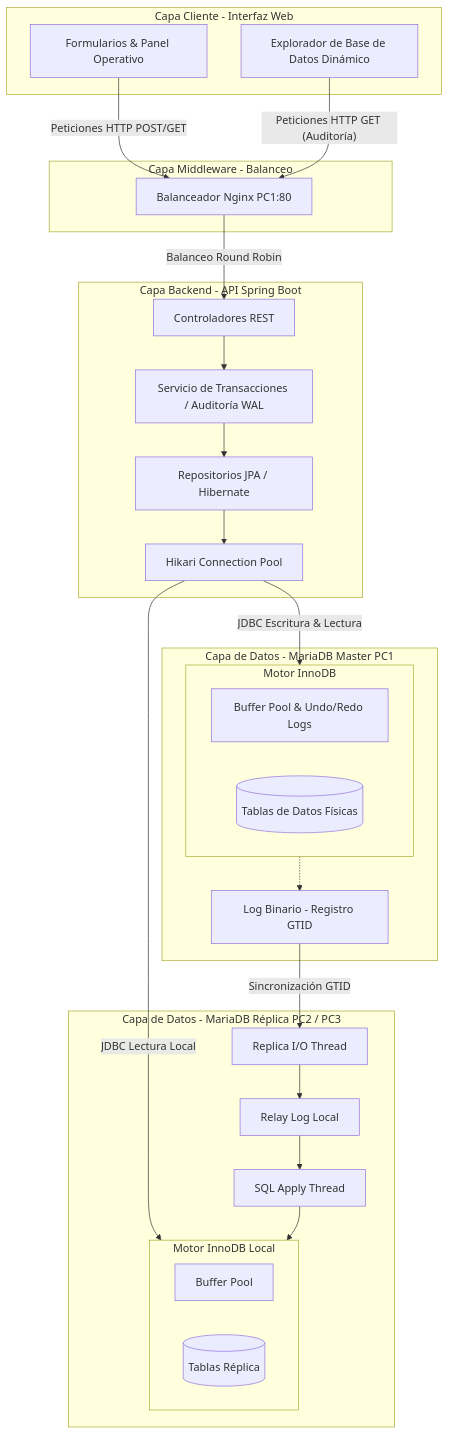
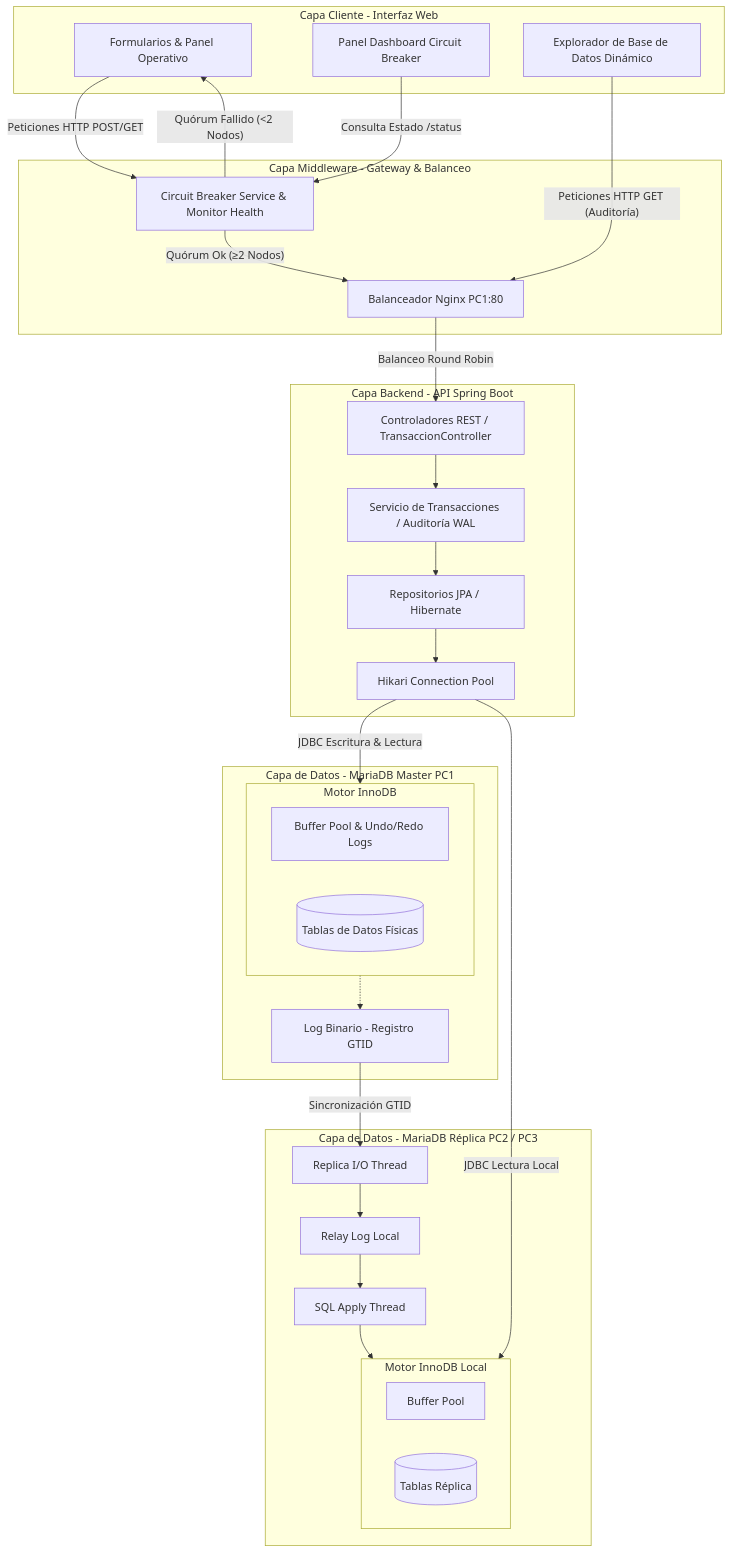
Before and after one commit to josuetrres/Distributed-MariaDB-Replication: the second of 2 diagrams in guia_reporte_proyecto.md, drawn with Mermaid. The commit also changed other lines of this file and 17 other files, not shown here.

````diff
--- a/guia_reporte_proyecto.md
+++ b/guia_reporte_proyecto.md
@@ -41,56 +44,62 @@
 ```mermaid
 flowchart TB
     subgraph Capa_Cliente [Capa Cliente - Interfaz Web]
         UI[Formularios & Panel Operativo]
+        CBDash[Panel Dashboard Circuit Breaker]
         DBExp[Explorador de Base de Datos Dinámico]
     end
 
-    subgraph Capa_Middleware [Capa Middleware - Balanceo]
+    subgraph Capa_Middleware [Capa Middleware - Gateway & Balanceo]
+        CBService[Circuit Breaker Service & Monitor Health]
         Nginx[Balanceador Nginx PC1:80]
     end
 
     subgraph Capa_Backend [Capa Backend - API Spring Boot]
-        RestCtrl[Controladores REST]
+        RestCtrl[Controladores REST / TransaccionController]
         TxService[Servicio de Transacciones / Auditoría WAL]
         JpaRepo[Repositorios JPA / Hibernate]
         ConnPool[Hikari Connection Pool]
     end
 
     subgraph Capa_Datos_Master [Capa de Datos - MariaDB Master PC1]
         subgraph Motor_InnoDB_Master [Motor InnoDB]
             BufPoolM[Buffer Pool & Undo/Redo Logs]
             TablesM[(Tablas de Datos Físicas)]
         end
         Binlog[Log Binario - Registro GTID]
     end
 
     subgraph Capa_Datos_Replica [Capa de Datos - MariaDB Réplica PC2 / PC3]
         subgraph Motor_InnoDB_Replica [Motor InnoDB Local]
             BufPoolR[Buffer Pool]
             TablesR[(Tablas Réplica)]
         end
         IOThread[Replica I/O Thread]
         RelayLog[Relay Log Local]
         SQLThread[SQL Apply Thread]
     end
 
     %% Flujos e Interacciones
-    UI -- Peticiones HTTP POST/GET --> Nginx
+    UI -- Peticiones HTTP POST/GET --> CBService
+    CBDash -- Consulta Estado /status --> CBService
+    CBService -- Quórum Ok (≥2 Nodos) --> Nginx
+    CBService -- Quórum Fallido (<2 Nodos) --> UI
+    
     DBExp -- Peticiones HTTP GET (Auditoría) --> Nginx
     
     Nginx -- Balanceo Round Robin --> RestCtrl
     RestCtrl --> TxService
     TxService --> JpaRepo
     JpaRepo --> ConnPool
     
     %% JDBC Connections
     ConnPool -- JDBC Escritura & Lectura --> Motor_InnoDB_Master
     ConnPool -- JDBC Lectura Local --> Motor_InnoDB_Replica
     
     %% Flujo Interno de Replicación MariaDB
     Motor_InnoDB_Master -.-> Binlog
     Binlog -- Sincronización GTID --> IOThread
     IOThread --> RelayLog
     RelayLog --> SQLThread
     SQLThread --> Motor_InnoDB_Replica
 ```
````
